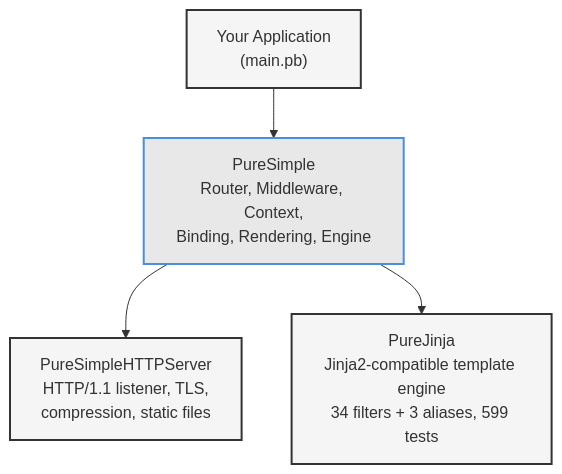
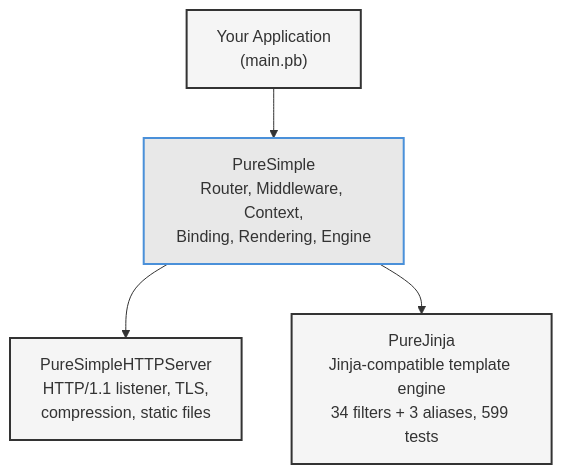
Before and after one commit to Jedt3D/PureSimple: the first of 2 diagrams in manuscript/chapters/ch01-why-purebasic.md, drawn with Mermaid. The commit also changed other lines of this file and 22 other files, not shown here.

````diff
--- a/manuscript/chapters/ch01-why-purebasic.md
+++ b/manuscript/chapters/ch01-why-purebasic.md
@@ -60,11 +60,11 @@
 ```mermaid
 graph TD
     A["Your Application<br/>(main.pb)"] --> B["PureSimple<br/>Router, Middleware, Context,<br/>Binding, Rendering, Engine"]
     B --> C["PureSimpleHTTPServer<br/>HTTP/1.1 listener, TLS,<br/>compression, static files"]
-    B --> D["PureJinja<br/>Jinja2-compatible template engine<br/>34 filters + 3 aliases, 599 tests"]
+    B --> D["PureJinja<br/>Jinja-compatible template engine<br/>34 filters + 3 aliases, 599 tests"]
 
     style A fill:#f5f5f5,stroke:#333,stroke-width:2px
     style B fill:#e8e8e8,stroke:#4A90D9,stroke-width:2px
     style C fill:#f5f5f5,stroke:#333,stroke-width:2px
     style D fill:#f5f5f5,stroke:#333,stroke-width:2px
 ```
````
